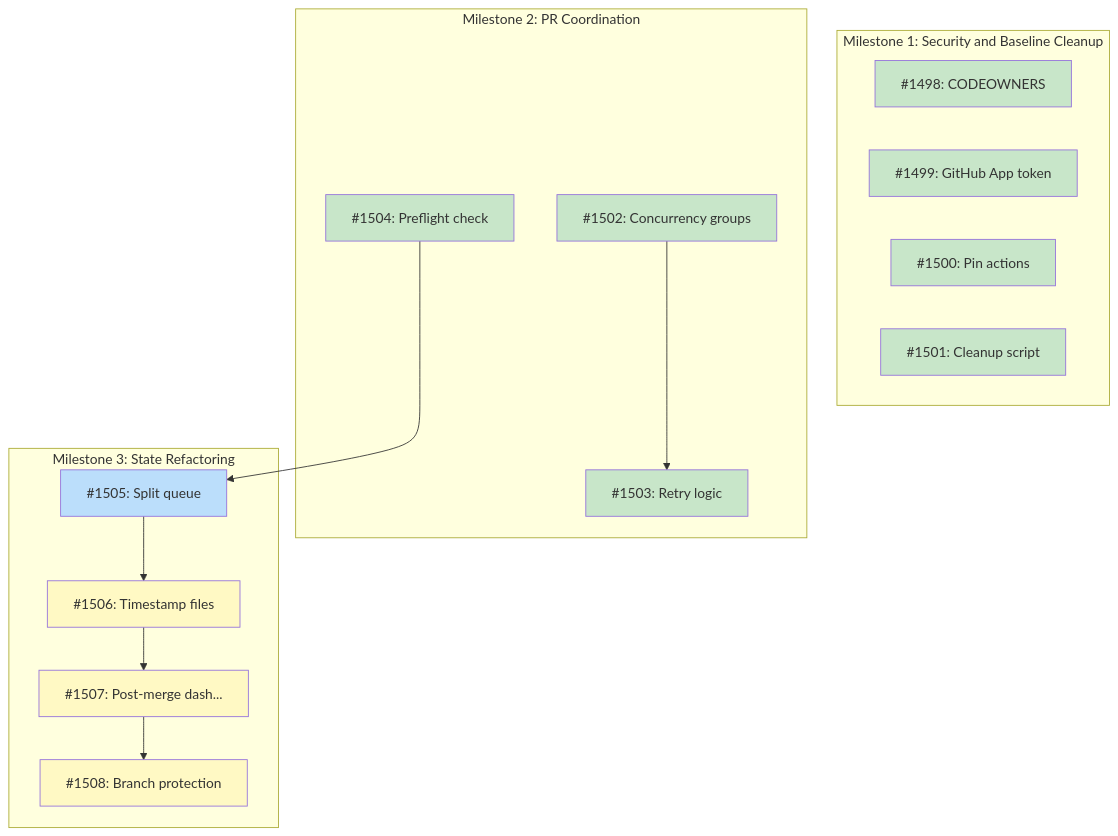
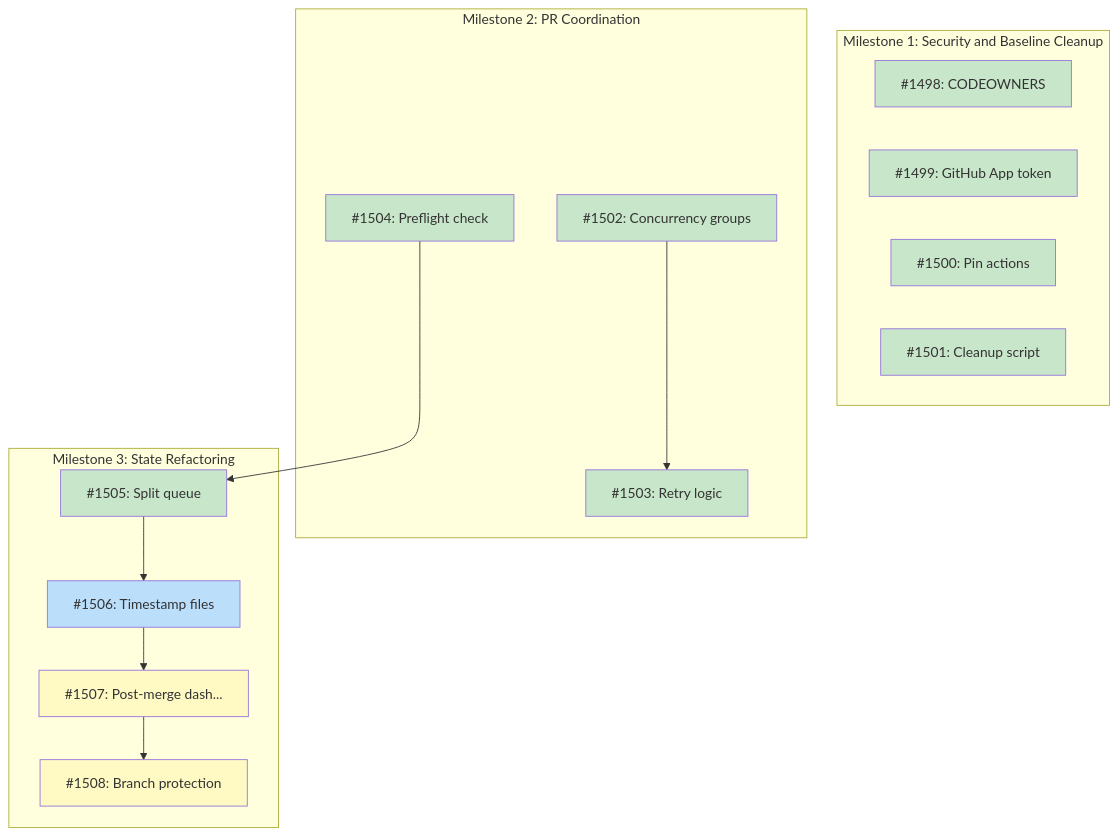
The diagram in docs/designs/DESIGN-batch-pr-coordination.md (tsukumogami/tsuku), drawn with Mermaid before and after one commit. The commit also changed other lines of this file and 4 other files, not shown here.

````diff
--- a/docs/designs/DESIGN-batch-pr-coordination.md
+++ b/docs/designs/DESIGN-batch-pr-coordination.md
@@ -80,37 +80,37 @@
 ```mermaid
 graph TD
     subgraph M1["Milestone 1: Security and Baseline Cleanup"]
         I1498["#1498: CODEOWNERS"]
         I1499["#1499: GitHub App token"]
         I1500["#1500: Pin actions"]
         I1501["#1501: Cleanup script"]
     end
 
     subgraph M2["Milestone 2: PR Coordination"]
         I1502["#1502: Concurrency groups"]
         I1503["#1503: Retry logic"]
         I1504["#1504: Preflight check"]
     end
 
     subgraph M3["Milestone 3: State Refactoring"]
         I1505["#1505: Split queue"]
         I1506["#1506: Timestamp files"]
         I1507["#1507: Post-merge dash..."]
         I1508["#1508: Branch protection"]
     end
 
     I1502 --> I1503
     I1504 --> I1505
     I1505 --> I1506
     I1506 --> I1507
     I1507 --> I1508
 
     classDef done fill:#c8e6c9
     classDef ready fill:#bbdefb
     classDef blocked fill:#fff9c4
     classDef needsDesign fill:#e1bee7
 
-    class I1498,I1499,I1500,I1501,I1502,I1503,I1504 done
-    class I1505 ready
-    class I1506,I1507,I1508 blocked
+    class I1498,I1499,I1500,I1501,I1502,I1503,I1504,I1505 done
+    class I1506 ready
+    class I1507,I1508 blocked
 ```
````
